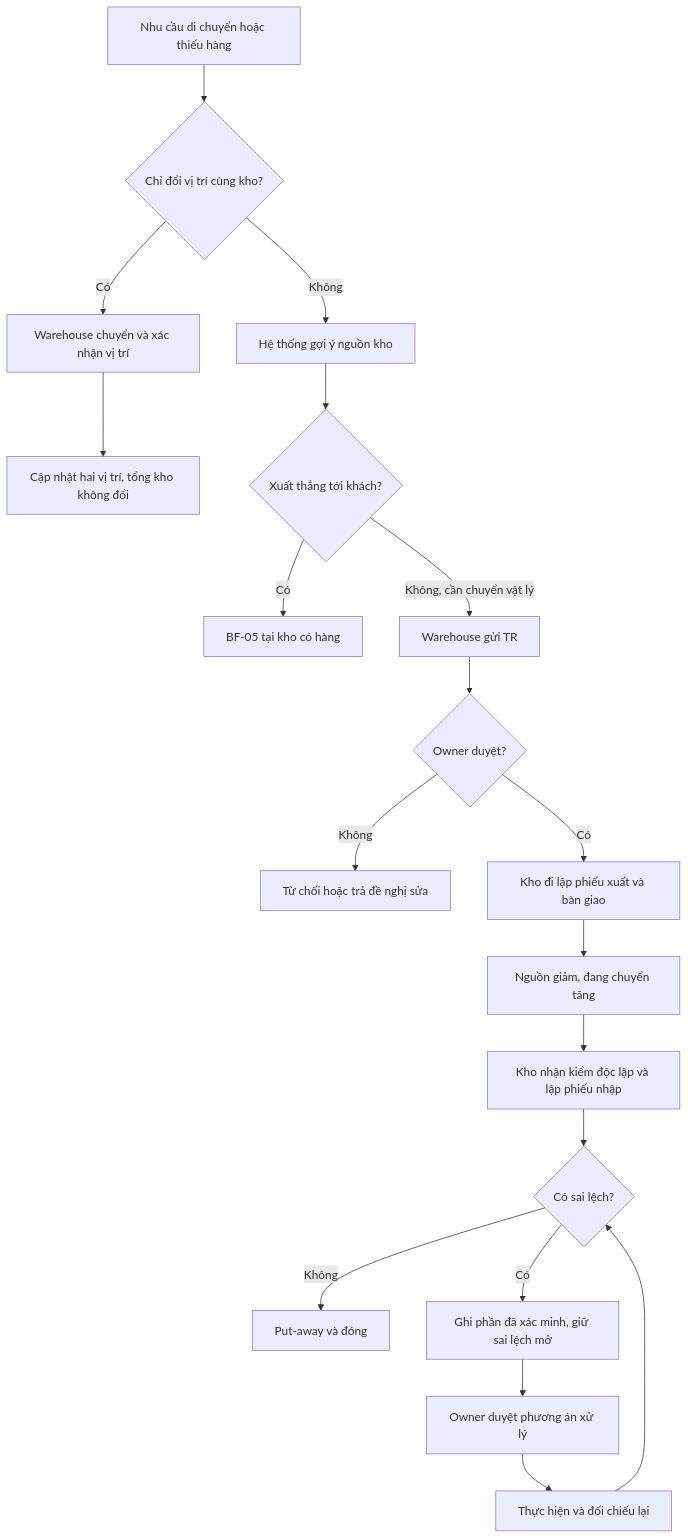
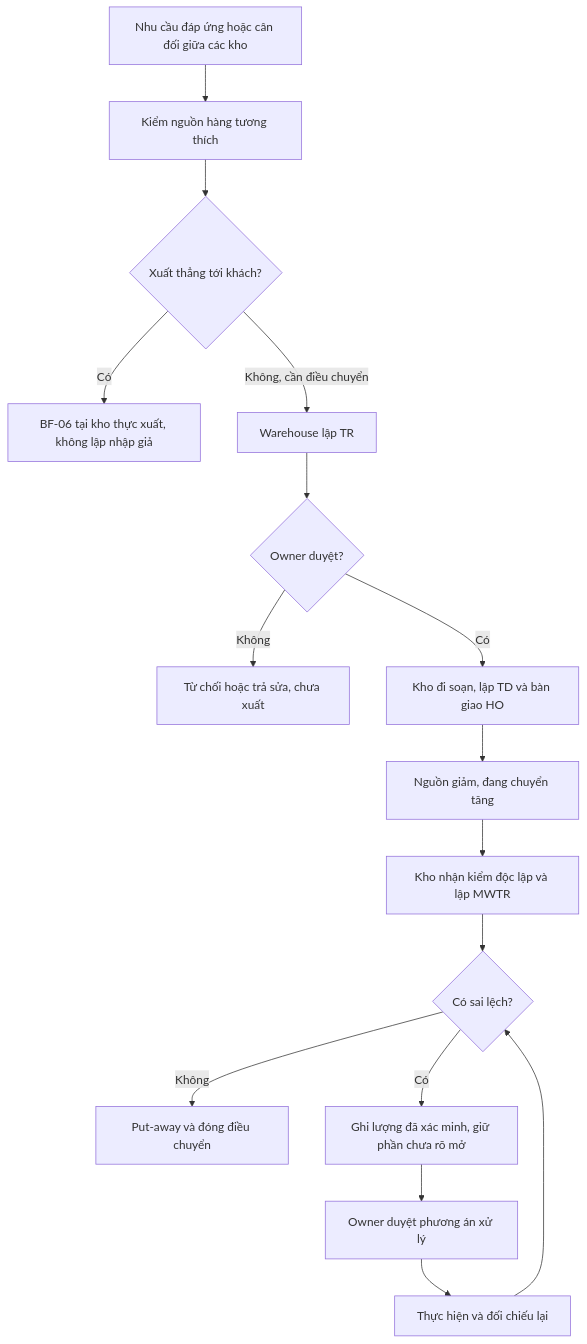
Before and after one commit to minhbach032003/docs_doan: the fifth of 9 diagrams in docs/02_nghiep_vu/de_xuat_quy_trinh_2_VI.md, drawn with Mermaid. The commit also changed other lines of this file and 5 other files, not shown here.

Commit message:
docs: split warehouse flows and align sales data model

````diff
--- a/docs/02_nghiep_vu/de_xuat_quy_trinh_2_VI.md
+++ b/docs/02_nghiep_vu/de_xuat_quy_trinh_2_VI.md
@@ -656,21 +711,18 @@
 ```mermaid
 flowchart TD
- A[Nhu cầu di chuyển hoặc thiếu hàng] --> B{Chỉ đổi vị trí cùng kho?}
- B -->|Có| C[Warehouse chuyển và xác nhận vị trí]
- C --> D[Cập nhật hai vị trí, tổng kho không đổi]
- B -->|Không| E[Hệ thống gợi ý nguồn kho]
- E --> F{Xuất thẳng tới khách?}
- F -->|Có| G[BF-05 tại kho có hàng]
- F -->|Không, cần chuyển vật lý| H[Warehouse gửi TR]
- H --> I{Owner duyệt?}
- I -->|Không| J[Từ chối hoặc trả đề nghị sửa]
- I -->|Có| K[Kho đi lập phiếu xuất và bàn giao]
- K --> L[Nguồn giảm, đang chuyển tăng]
- L --> M[Kho nhận kiểm độc lập và lập phiếu nhập]
- M --> N{Có sai lệch?}
- N -->|Không| O[Put-away và đóng]
- N -->|Có| P[Ghi phần đã xác minh, giữ sai lệch mở]
- P --> Q[Owner duyệt phương án xử lý]
- Q --> R[Thực hiện và đối chiếu lại]
- R --> N
+ A[Nhu cầu đáp ứng hoặc cân đối giữa các kho] --> B[Kiểm nguồn hàng tương thích]
+ B --> C{Xuất thẳng tới khách?}
+ C -->|Có| D[BF-06 tại kho thực xuất, không lập nhập giả]
+ C -->|Không, cần điều chuyển| E[Warehouse lập TR]
+ E --> F{Owner duyệt?}
+ F -->|Không| G[Từ chối hoặc trả sửa, chưa xuất]
+ F -->|Có| H[Kho đi soạn, lập TD và bàn giao HO]
+ H --> I[Nguồn giảm, đang chuyển tăng]
+ I --> J[Kho nhận kiểm độc lập và lập MWTR]
+ J --> K{Có sai lệch?}
+ K -->|Không| L[Put-away và đóng điều chuyển]
+ K -->|Có| M[Ghi lượng đã xác minh, giữ phần chưa rõ mở]
+ M --> N[Owner duyệt phương án xử lý]
+ N --> O[Thực hiện và đối chiếu lại]
+ O --> K
 ```
````
